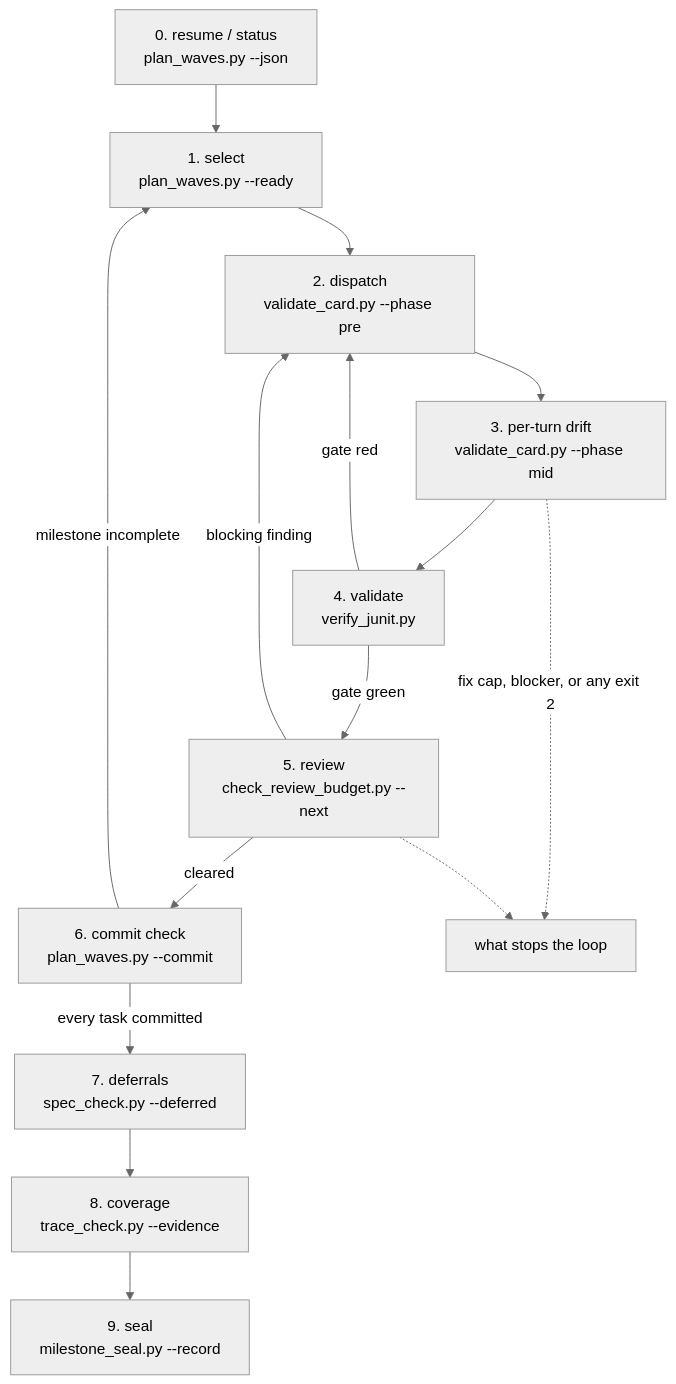
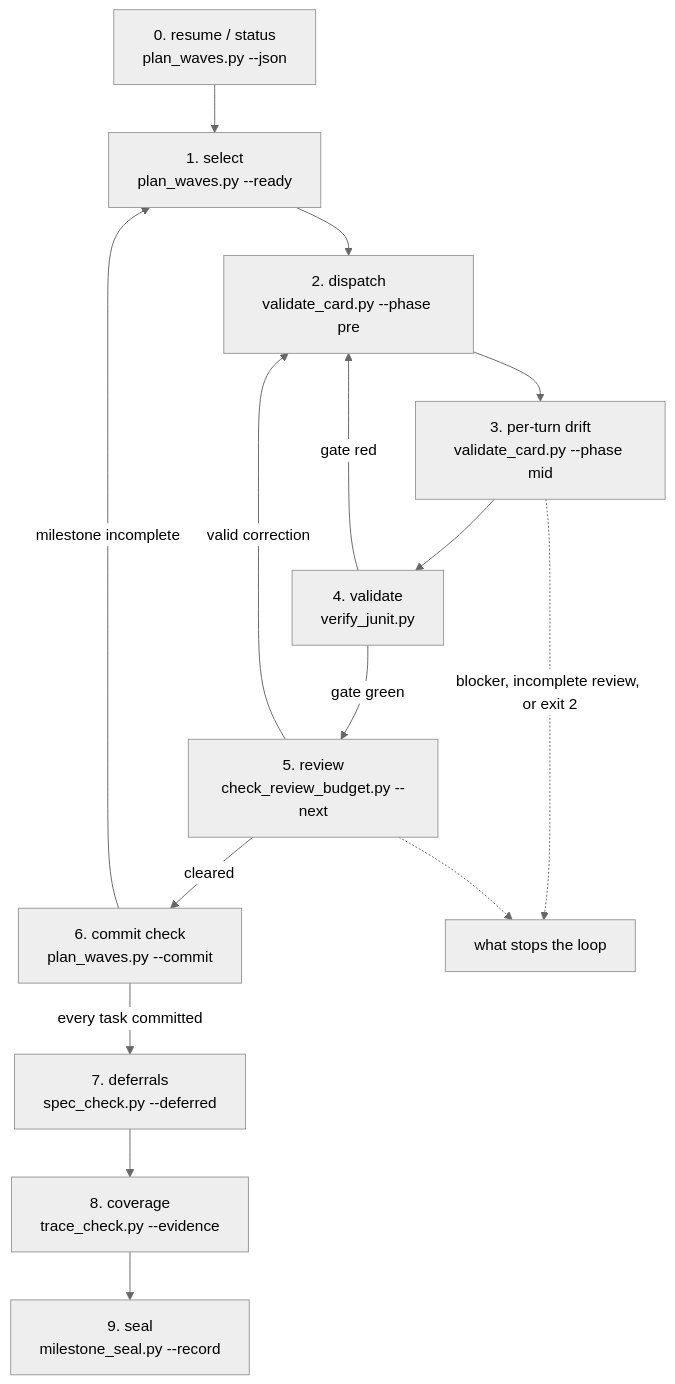
The diagram in install/skills/execution-methodology/references/execution-loop.md (peeyushchoudhary/agent-toolchain), drawn with Mermaid (neutral theme) before and after one commit. The commit also changed other lines of this file and 32 other files, not shown here.

````diff
--- a/install/skills/execution-methodology/references/execution-loop.md
+++ b/install/skills/execution-methodology/references/execution-loop.md
@@ -57,17 +44,17 @@
 ```mermaid
 flowchart TD
     S0["0. resume / status<br/>plan_waves.py --json"] --> S1["1. select<br/>plan_waves.py --ready"]
     S1 --> S2["2. dispatch<br/>validate_card.py --phase pre"]
     S2 --> S3["3. per-turn drift<br/>validate_card.py --phase mid"]
     S3 --> S4["4. validate<br/>verify_junit.py"]
     S4 -- "gate red" --> S2
     S4 -- "gate green" --> S5["5. review<br/>check_review_budget.py --next"]
-    S5 -- "blocking finding" --> S2
+    S5 -- "valid correction" --> S2
     S5 -- "cleared" --> S6["6. commit check<br/>plan_waves.py --commit"]
     S6 -- "milestone incomplete" --> S1
     S6 -- "every task committed" --> S7["7. deferrals<br/>spec_check.py --deferred"]
     S7 --> S8["8. coverage<br/>trace_check.py --evidence"]
     S8 --> S9["9. seal<br/>milestone_seal.py --record"]
-    S3 -. "fix cap, blocker, or any exit 2" .-> STOP["what stops the loop"]
+    S3 -. "blocker, incomplete review, or exit 2" .-> STOP["what stops the loop"]
     S5 -.-> STOP
 ```
````
